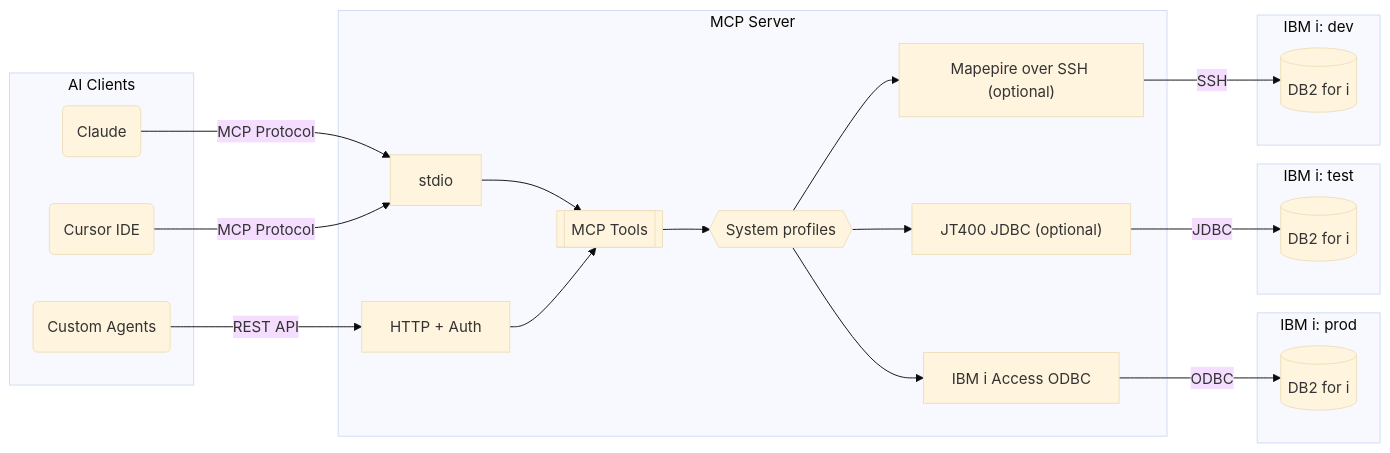
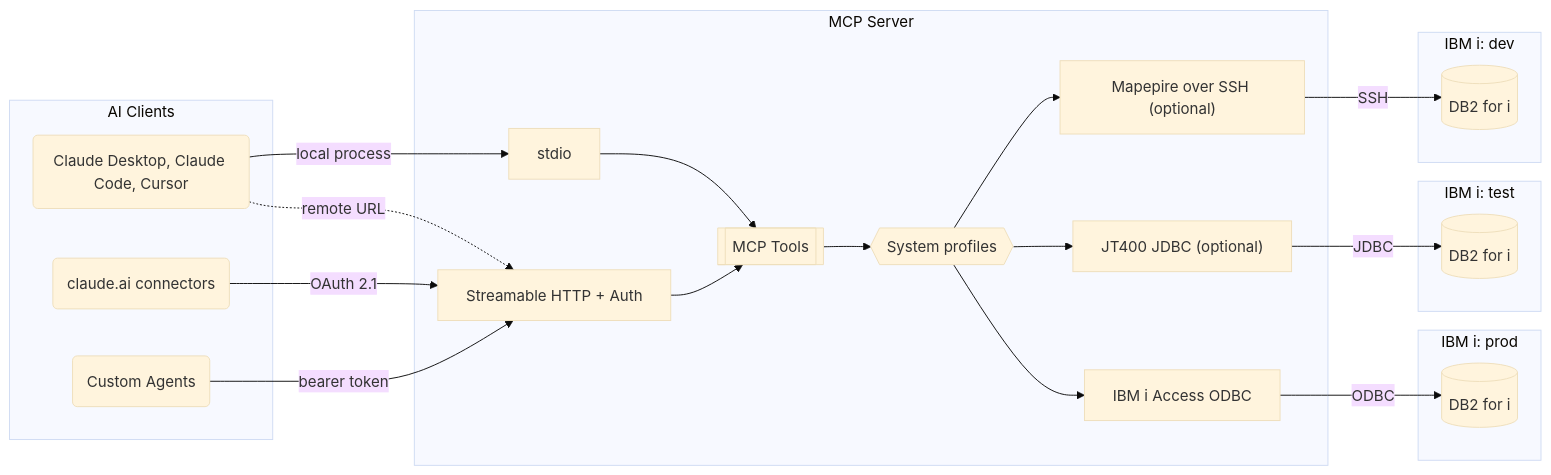
The diagram in README.md (Strom-Capital/mcp-server-db2i), drawn with Mermaid (base theme) before and after one commit. The commit also changed other lines of this file, not shown here.

Commit message:
docs: correct transports in the architecture diagram (#131)
Claude Desktop, Claude Code and Cursor can use stdio or a remote HTTP URL,
and claude.ai connectors only work over HTTP with OAuth. The HTTP endpoint
speaks MCP over Streamable HTTP, not REST.

````diff
--- a/README.md
+++ b/README.md
@@ -29,39 +29,41 @@
 ```mermaid
 graph LR
     subgraph clients ["AI Clients"]
-        claude("Claude")
-        cursor("Cursor IDE")
+        local("Claude Desktop, Claude Code, Cursor")
+        remote("claude.ai connectors")
         agents("Custom Agents")
     end
 
     subgraph server ["MCP Server"]
         stdio["stdio"]
-        http["HTTP + Auth"]
+        http["Streamable HTTP + Auth"]
         tools[["MCP Tools"]]
         profiles{{"System profiles"}}
         odbc["IBM i Access ODBC"]
         jdbc["JT400 JDBC (optional)"]
         mapepire["Mapepire over SSH (optional)"]
     end
 
     subgraph prod ["IBM i: prod"]
         db2prod[("DB2 for i")]
     end
 
     subgraph test ["IBM i: test"]
         db2test[("DB2 for i")]
     end
 
     subgraph dev ["IBM i: dev"]
         db2dev[("DB2 for i")]
     end
 
-    claude & cursor -->|MCP Protocol| stdio
-    agents -->|REST API| http
+    local -->|local process| stdio
+    local -.->|remote URL| http
+    remote -->|OAuth 2.1| http
+    agents -->|bearer token| http
     stdio & http --> tools
     tools --> profiles
     profiles --> odbc & jdbc & mapepire
     odbc -->|ODBC| db2prod
     jdbc -->|JDBC| db2test
     mapepire -->|SSH| db2dev
 ```
````
